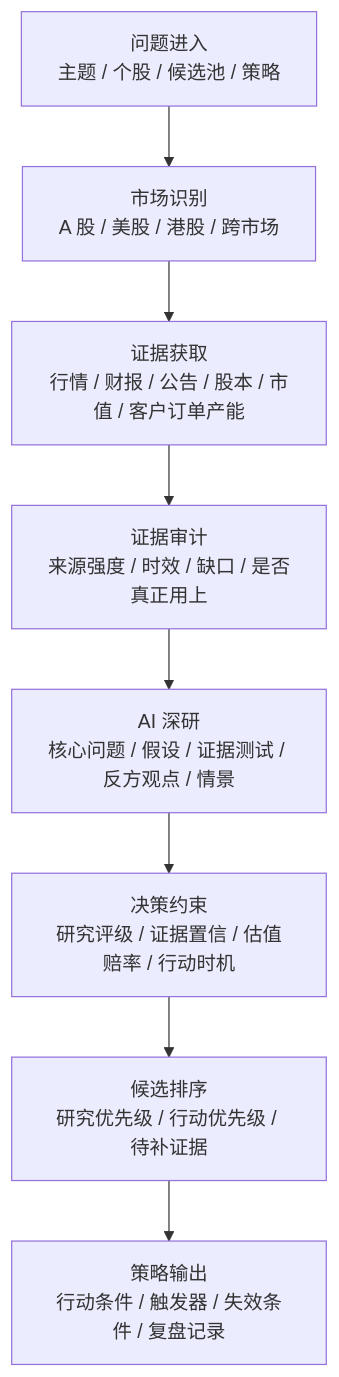
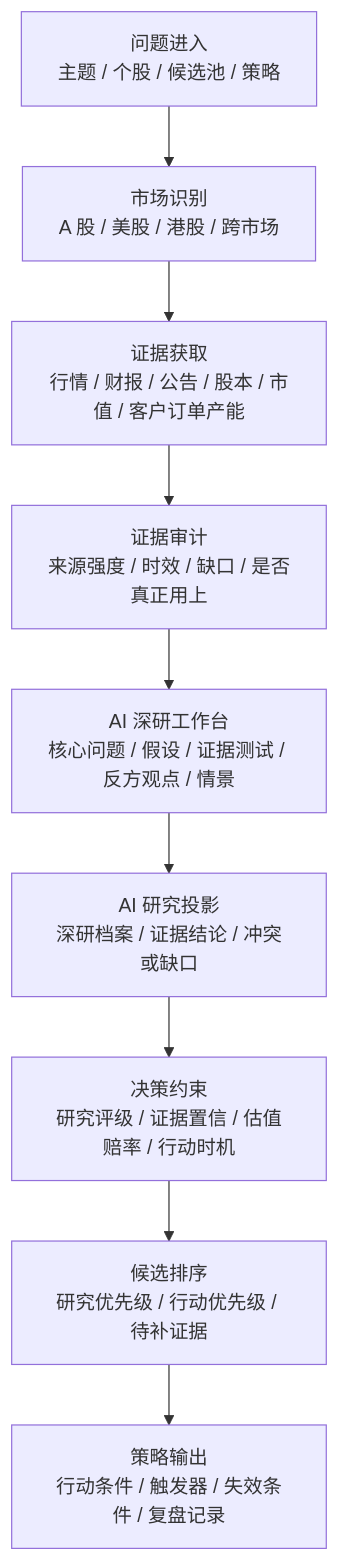
The first of 2 diagrams in README.md (lucisxu6-cpu/serenity-chan), drawn with Mermaid before and after one commit. The commit also changed other lines of this file and 20 other files, not shown here.

````diff
--- a/README.md
+++ b/README.md
@@ -28,10 +28,11 @@
 ```mermaid
 flowchart TB
   A["问题进入<br/>主题 / 个股 / 候选池 / 策略"] --> B["市场识别<br/>A 股 / 美股 / 港股 / 跨市场"]
   B --> C["证据获取<br/>行情 / 财报 / 公告 / 股本 / 市值 / 客户订单产能"]
   C --> D["证据审计<br/>来源强度 / 时效 / 缺口 / 是否真正用上"]
-  D --> E["AI 深研<br/>核心问题 / 假设 / 证据测试 / 反方观点 / 情景"]
-  E --> F["决策约束<br/>研究评级 / 证据置信 / 估值赔率 / 行动时机"]
-  F --> G["候选排序<br/>研究优先级 / 行动优先级 / 待补证据"]
-  G --> H["策略输出<br/>行动条件 / 触发器 / 失效条件 / 复盘记录"]
+  D --> E["AI 深研工作台<br/>核心问题 / 假设 / 证据测试 / 反方观点 / 情景"]
+  E --> F["AI 研究投影<br/>深研档案 / 证据结论 / 冲突或缺口"]
+  F --> G["决策约束<br/>研究评级 / 证据置信 / 估值赔率 / 行动时机"]
+  G --> H["候选排序<br/>研究优先级 / 行动优先级 / 待补证据"]
+  H --> I["策略输出<br/>行动条件 / 触发器 / 失效条件 / 复盘记录"]
 ```
````
